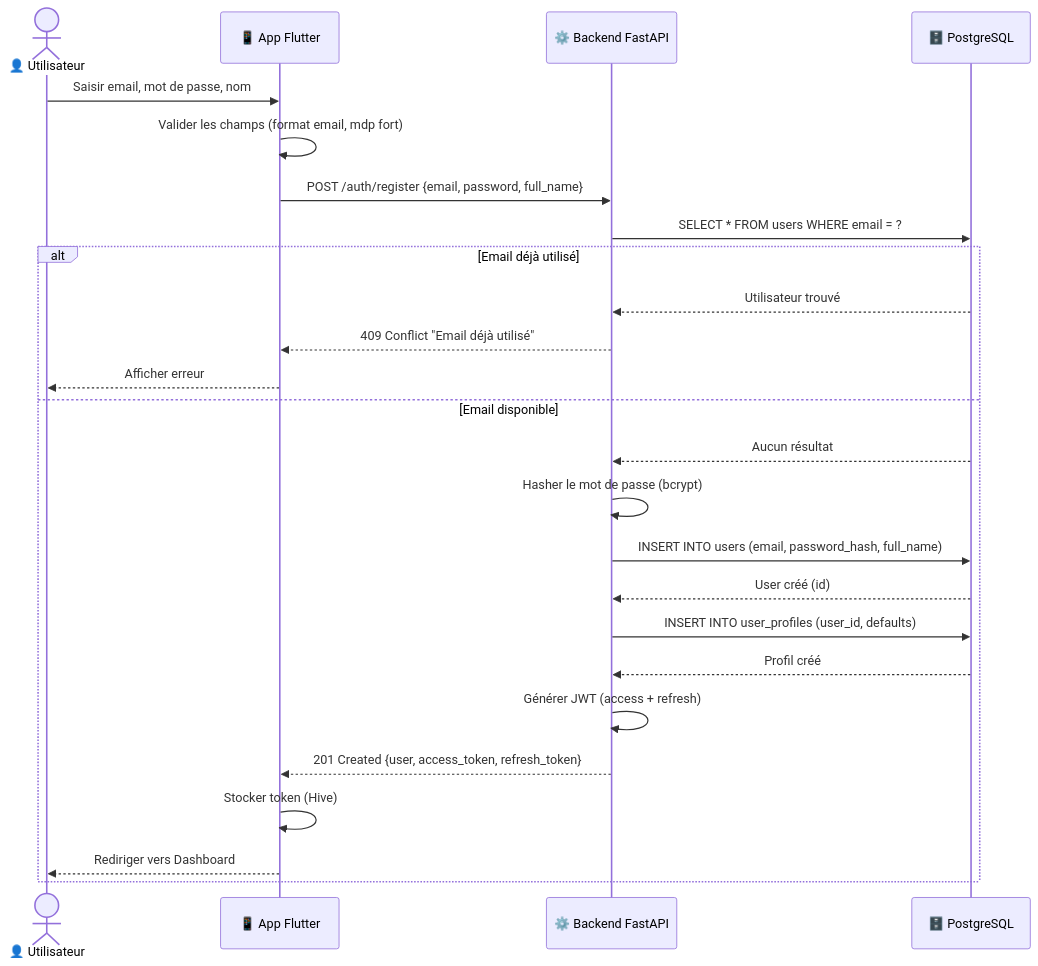
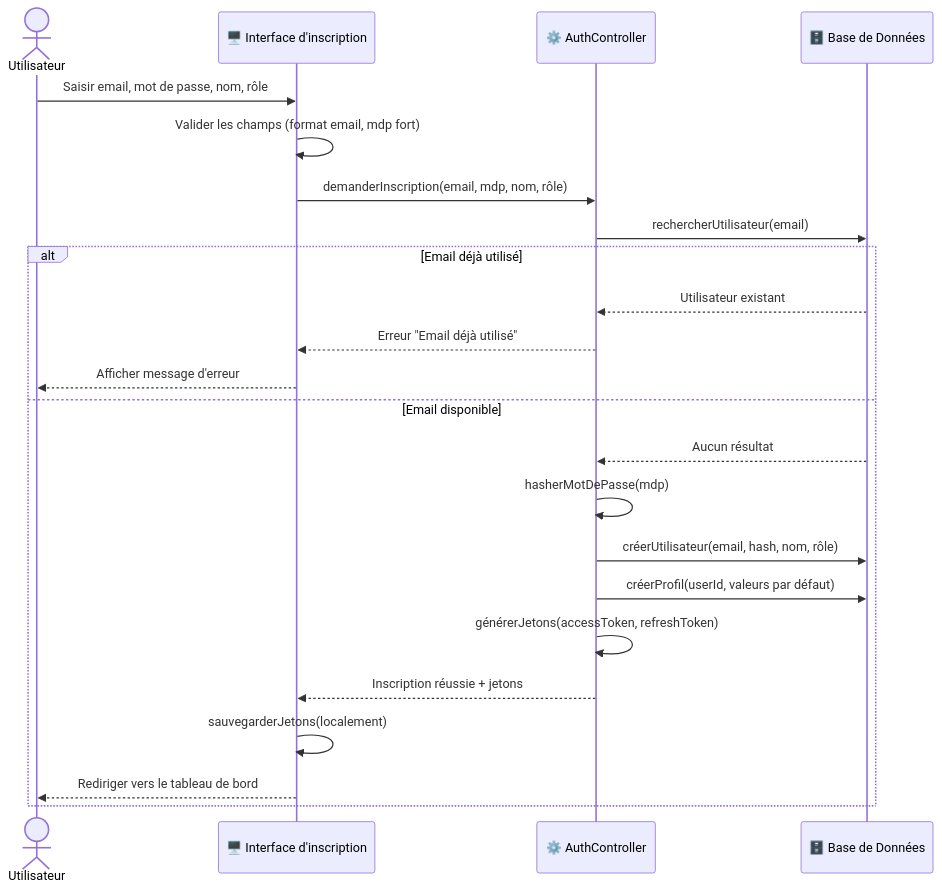
Before and after one commit to Jkacem/smart_focus: the first of 16 diagrams in docs/Conception_DiagrammeSequence.md, drawn with Mermaid. The commit also changed other lines of this file and 93 other files, not shown here.

````diff
--- a/docs/Conception_DiagrammeSequence.md
+++ b/docs/Conception_DiagrammeSequence.md
@@ -13,29 +22,27 @@
 ```mermaid
 sequenceDiagram
-    actor User as 👤 Utilisateur
-    participant App as 📱 App Flutter
-    participant API as ⚙️ Backend FastAPI
-    participant DB as 🗄️ PostgreSQL
+    actor Utilisateur
+    participant B as 🖥️ Interface d'inscription
+    participant C as ⚙️ AuthController
+    participant E as 🗄️ Base de Données
 
-    User->>App: Saisir email, mot de passe, nom
-    App->>App: Valider les champs (format email, mdp fort)
-    App->>API: POST /auth/register {email, password, full_name}
-    API->>DB: SELECT * FROM users WHERE email = ?
-    
+    Utilisateur->>B: Saisir email, mot de passe, nom, rôle
+    B->>B: Valider les champs (format email, mdp fort)
+    B->>C: demanderInscription(email, mdp, nom, rôle)
+    C->>E: rechercherUtilisateur(email)
+
     alt Email déjà utilisé
-        DB-->>API: Utilisateur trouvé
-        API-->>App: 409 Conflict "Email déjà utilisé"
-        App-->>User: Afficher erreur
+        E-->>C: Utilisateur existant
+        C-->>B: Erreur "Email déjà utilisé"
+        B-->>Utilisateur: Afficher message d'erreur
     else Email disponible
-        DB-->>API: Aucun résultat
-        API->>API: Hasher le mot de passe (bcrypt)
-        API->>DB: INSERT INTO users (email, password_hash, full_name)
-        DB-->>API: User créé (id)
-        API->>DB: INSERT INTO user_profiles (user_id, defaults)
-        DB-->>API: Profil créé
-        API->>API: Générer JWT (access + refresh)
-        API-->>App: 201 Created {user, access_token, refresh_token}
-        App->>App: Stocker token (Hive)
-        App-->>User: Rediriger vers Dashboard
+        E-->>C: Aucun résultat
+        C->>C: hasherMotDePasse(mdp)
+        C->>E: créerUtilisateur(email, hash, nom, rôle)
+        C->>E: créerProfil(userId, valeurs par défaut)
+        C->>C: générerJetons(accessToken, refreshToken)
+        C-->>B: Inscription réussie + jetons
+        B->>B: sauvegarderJetons(localement)
+        B-->>Utilisateur: Rediriger vers le tableau de bord
     end
 ```
````
